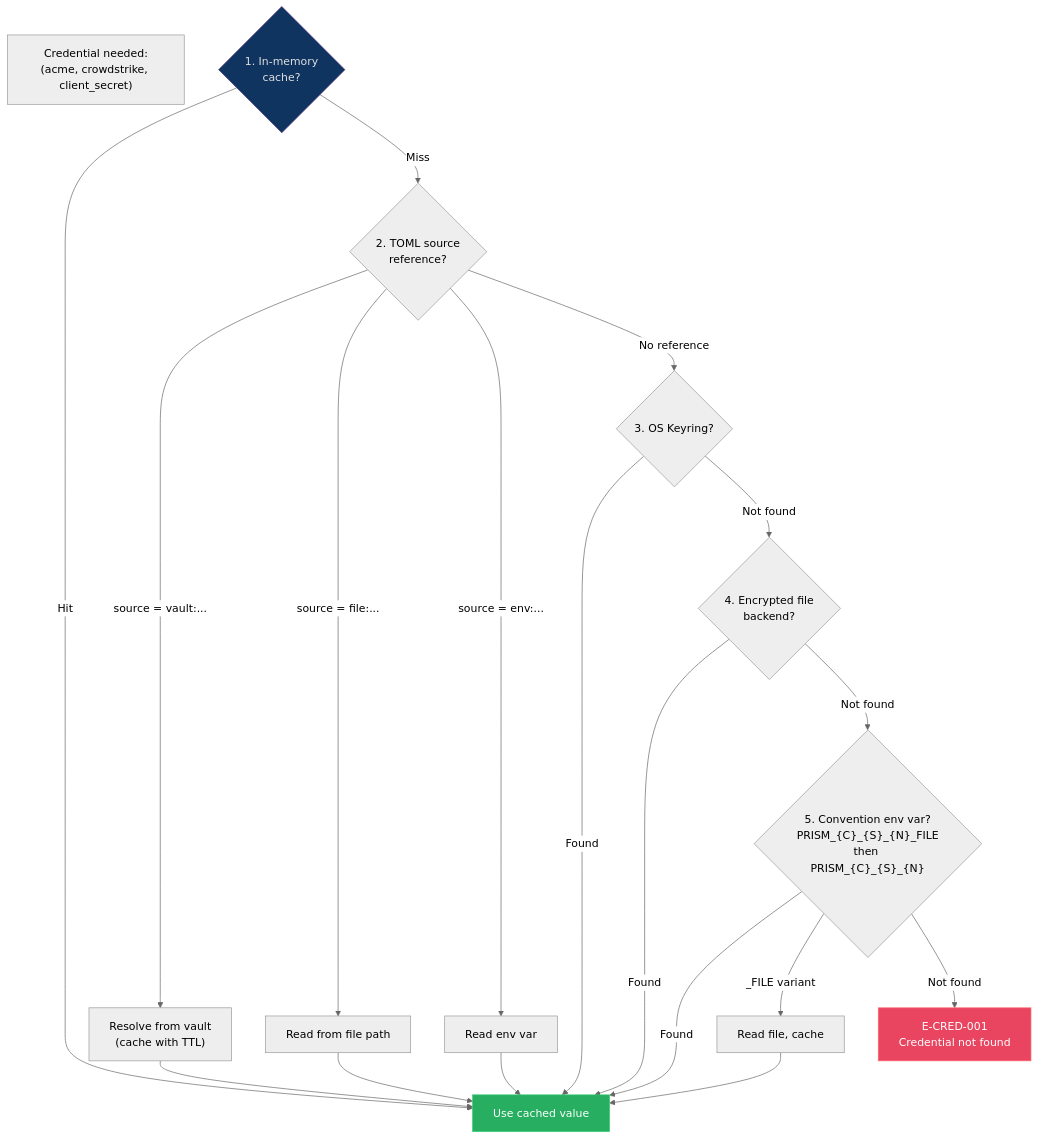
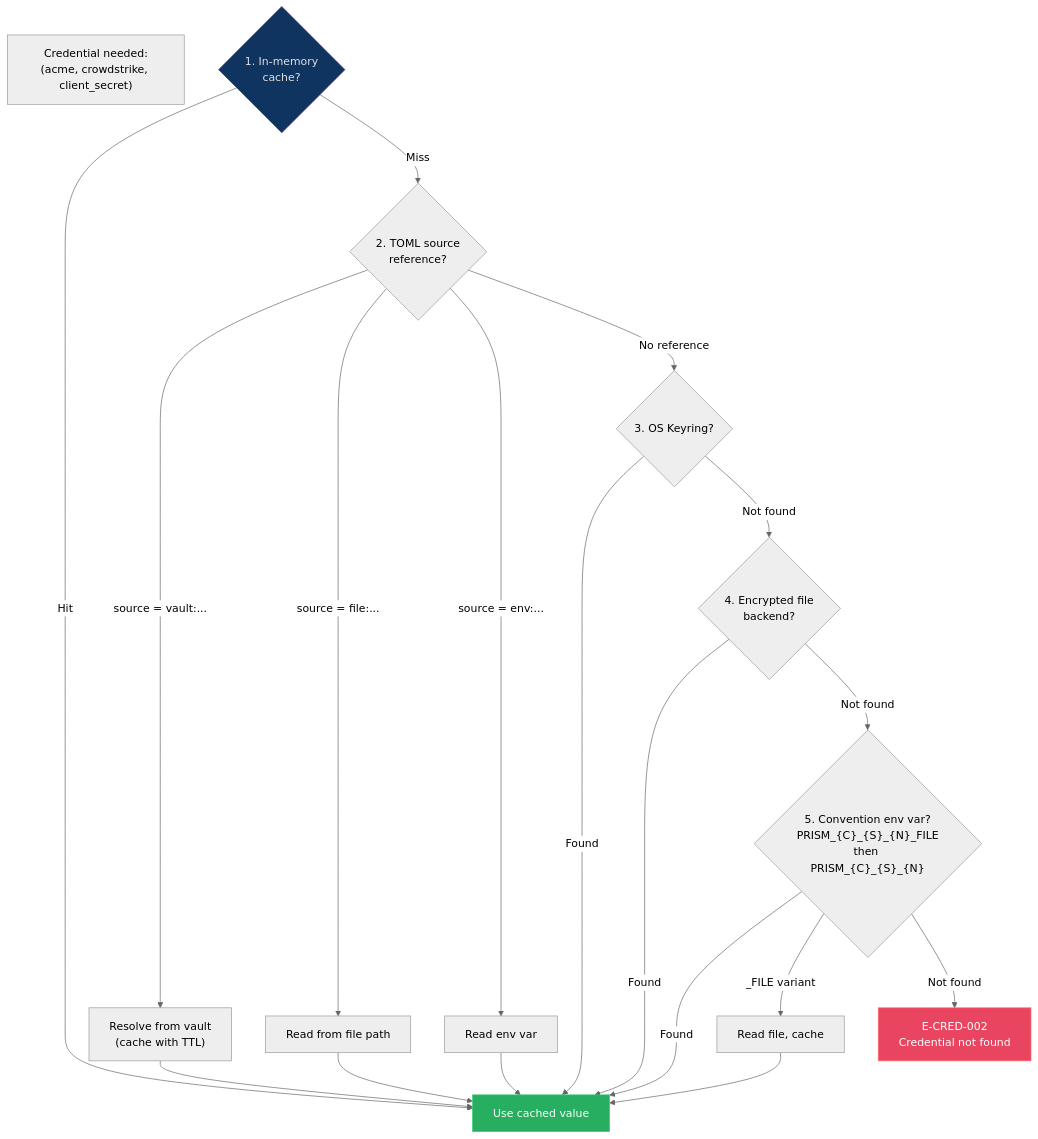
One commit to drbothen/prism changed the fifth of 5 diagrams in specs/architecture/security-architecture.md. Above: the diagram before and after it, drawn with Mermaid (neutral theme). The commit also changed other lines of this file and 11 other files, not shown here.

````diff
--- a/specs/architecture/security-architecture.md
+++ b/specs/architecture/security-architecture.md
@@ -244,32 +244,32 @@
 ```mermaid
 flowchart TD
     REQ["Credential needed:<br/>(acme, crowdstrike, client_secret)"]
     
     CACHE{"1. In-memory<br/>cache?"}
     CACHE -->|Hit| USE["Use cached value"]
     CACHE -->|Miss| TOML{"2. TOML source<br/>reference?"}
     
     TOML -->|"source = vault:..."| VAULT["Resolve from vault<br/>(cache with TTL)"]
     TOML -->|"source = file:..."| FILE["Read from file path"]
     TOML -->|"source = env:..."| ENVREF["Read env var"]
     TOML -->|No reference| KR{"3. OS Keyring?"}
     
     KR -->|Found| USE
     KR -->|Not found| ENCFILE{"4. Encrypted file<br/>backend?"}
     
     ENCFILE -->|Found| USE
     ENCFILE -->|Not found| ENVCONV{"5. Convention env var?<br/>PRISM_{C}_{S}_{N}_FILE<br/>then PRISM_{C}_{S}_{N}"}
     
     ENVCONV -->|Found| USE
     ENVCONV -->|"_FILE variant"| READFILE["Read file, cache"]
-    ENVCONV -->|Not found| ERR["E-CRED-001<br/>Credential not found"]
+    ENVCONV -->|Not found| ERR["E-CRED-002<br/>Credential not found"]
     
     VAULT --> USE
     FILE --> USE
     ENVREF --> USE
     READFILE --> USE
 
     style USE fill:#27ae60,stroke:#2ecc71,color:#fff
     style ERR fill:#e94560,stroke:#ff6b6b,color:#fff
     style CACHE fill:#0f3460,stroke:#533483,color:#e0e0e0
 ```
````
